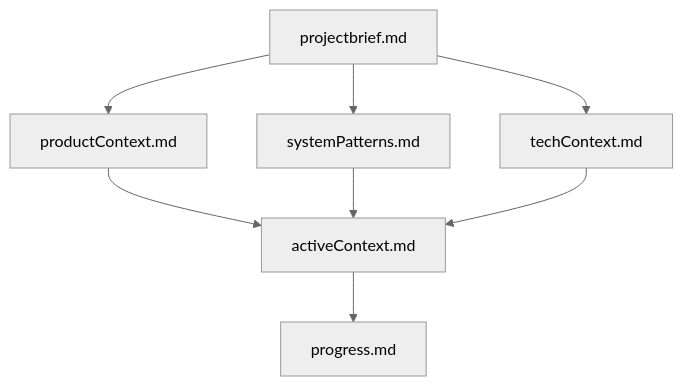
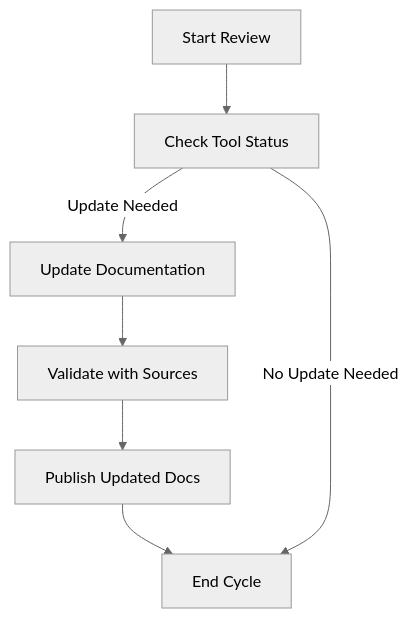
Before and after one commit to yy1588133/top-tools: the second of 2 diagrams in memory-bank/systemPatterns.md, drawn with Mermaid (neutral theme). The commit also changed other lines of this file and 76 other files, not shown here.

````diff
--- a/memory-bank/systemPatterns.md
+++ b/memory-bank/systemPatterns.md
@@ -106,8 +94,9 @@
-   ```mermaid
-   graph TD
-      PB[projectbrief.md] --> PC[productContext.md]
-      PB --> SP[systemPatterns.md]
-      PB --> TC[techContext.md]
-      PC & SP & TC --> AC[activeContext.md]
-      AC --> Progress[progress.md]
-   ```
+```mermaid
+flowchart TD
+    Start[Start Review] --> Check[Check Tool Status]
+    Check --> |Update Needed| Update[Update Documentation]
+    Update --> Validate[Validate with Sources]
+    Validate --> Publish[Publish Updated Docs]
+    Publish --> End[End Cycle]
+    Check --> |No Update Needed| End
+```
````
